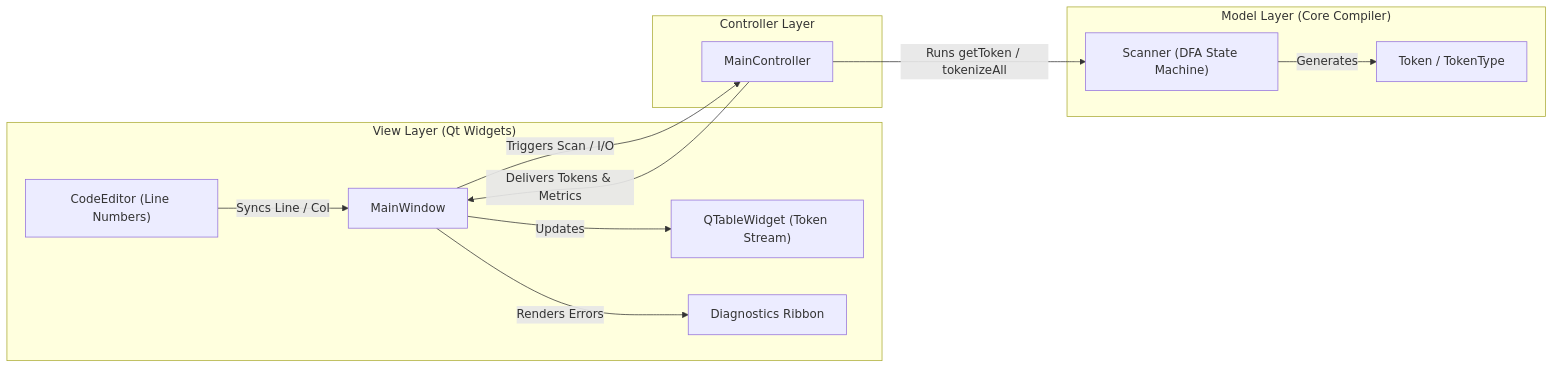
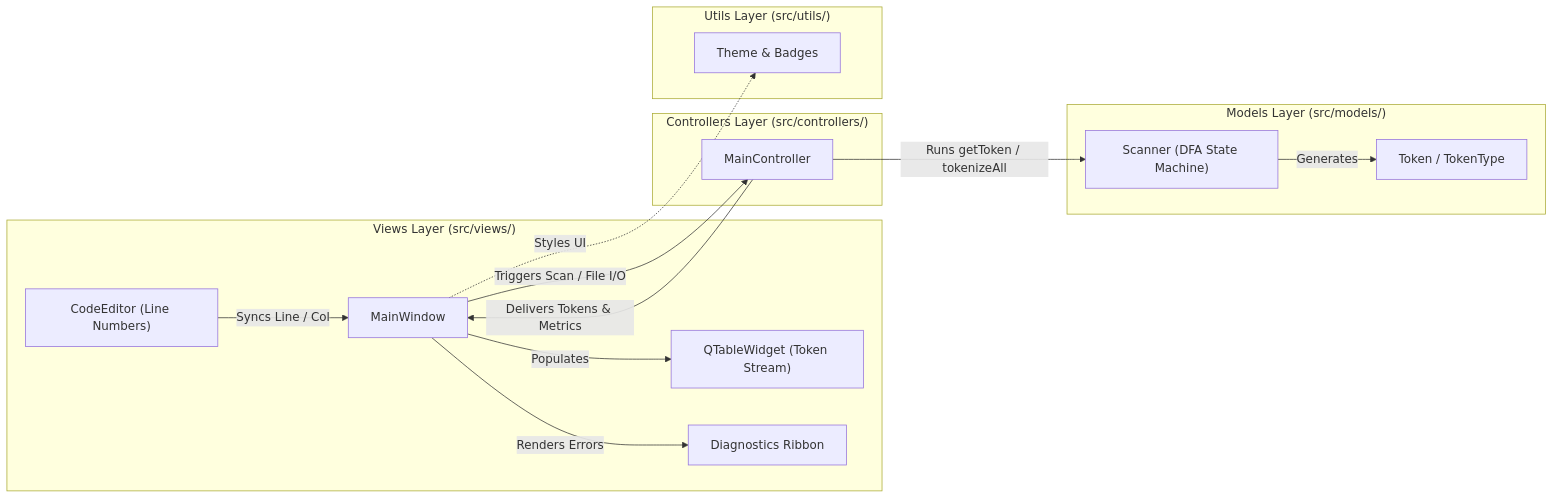
The diagram in README.md (youssef6316/TINY-Language-Compiler-), drawn with Mermaid before and after one commit. The commit also changed other lines of this file and 1 other file, not shown here.

````diff
--- a/README.md
+++ b/README.md
@@ -30,26 +33,31 @@
 ```mermaid
 flowchart LR
-    subgraph View ["View Layer (Qt Widgets)"]
+    subgraph View ["Views Layer (src/views/)"]
         MW["MainWindow"]
         CE["CodeEditor (Line Numbers)"]
         TW["QTableWidget (Token Stream)"]
         DR["Diagnostics Ribbon"]
     end
 
-    subgraph Controller ["Controller Layer"]
+    subgraph Controller ["Controllers Layer (src/controllers/)"]
         MC["MainController"]
     end
 
-    subgraph Model ["Model Layer (Core Compiler)"]
+    subgraph Model ["Models Layer (src/models/)"]
         SC["Scanner (DFA State Machine)"]
         TK["Token / TokenType"]
     end
 
-    MW -->|Triggers Scan / I/O| MC
+    subgraph Utils ["Utils Layer (src/utils/)"]
+        TH["Theme & Badges"]
+    end
+
+    MW -->|Triggers Scan / File I/O| MC
     MC -->|Runs getToken / tokenizeAll| SC
     SC -->|Generates| TK
     MC -->|Delivers Tokens & Metrics| MW
-    MW -->|Updates| TW
+    MW -->|Populates| TW
     MW -->|Renders Errors| DR
     CE -->|Syncs Line / Col| MW
+    MW -.->|Styles UI| TH
 ```
````
